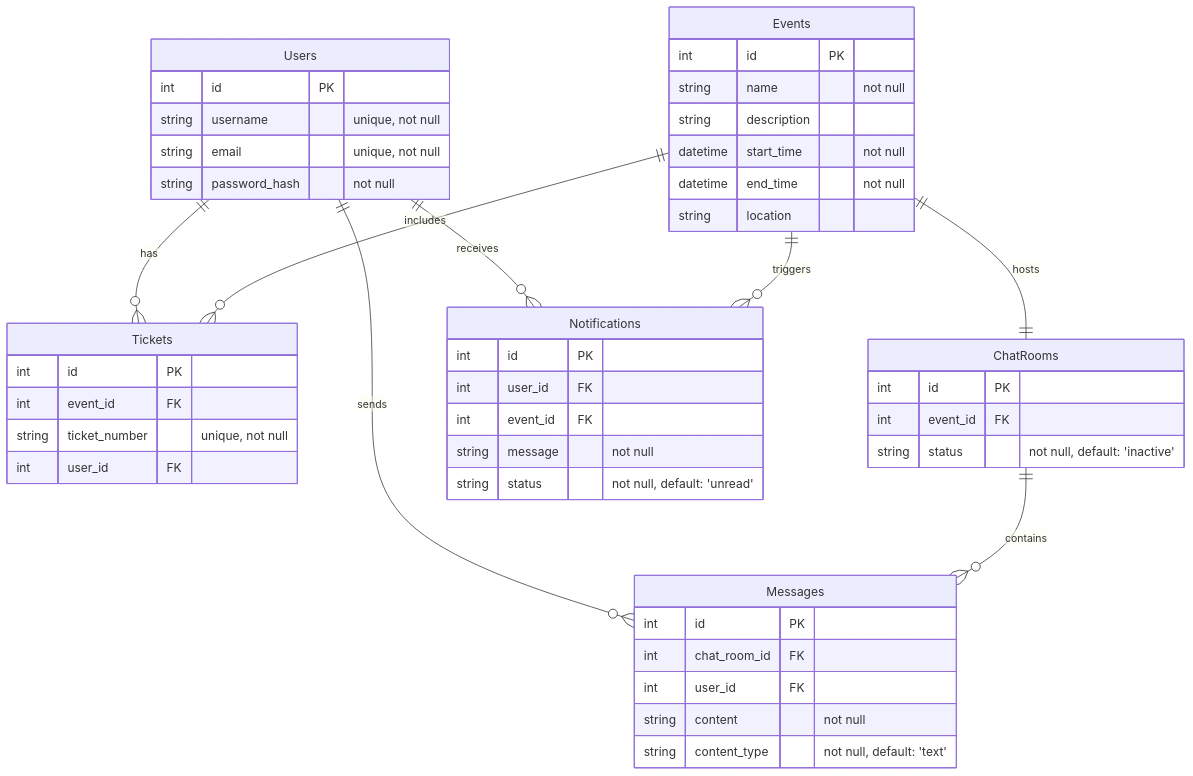
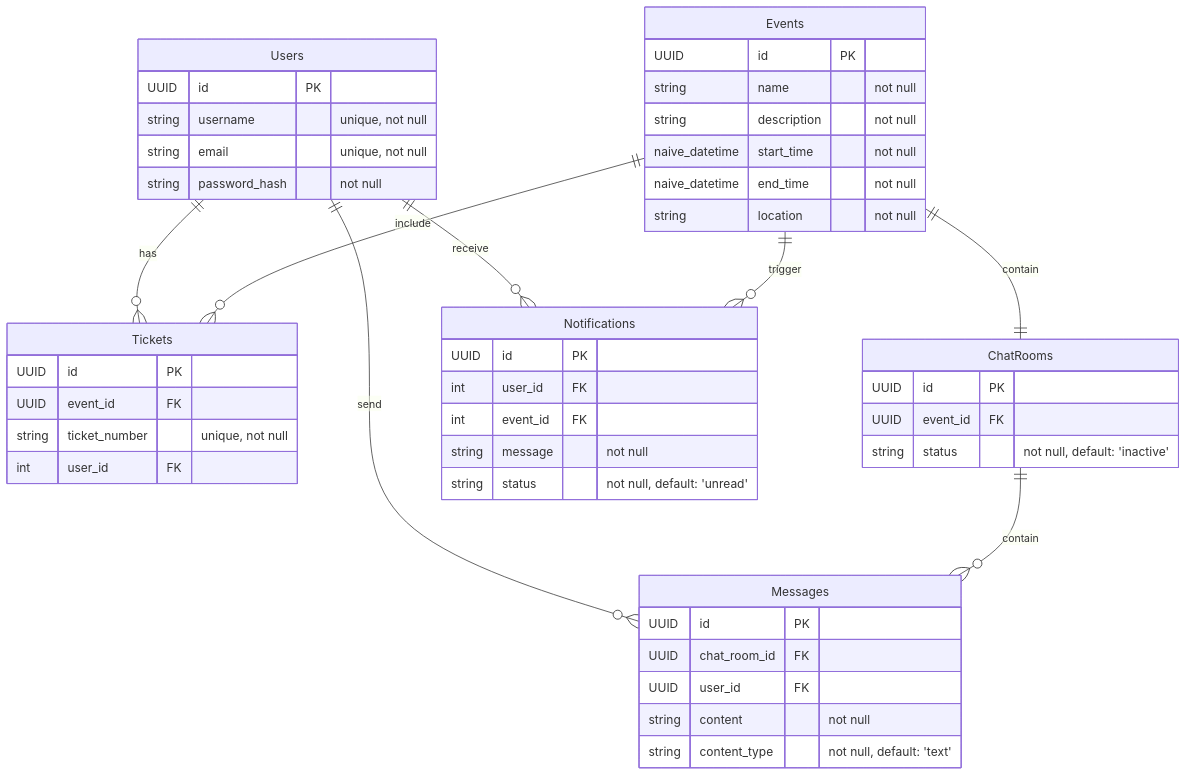
One commit to anlduzgun/chat-app changed the second of 2 diagrams in README.md. Above: the diagram before and after it, drawn with Mermaid.

````diff
--- a/README.md
+++ b/README.md
@@ -86,55 +86,55 @@
 ```mermaid
 erDiagram
     Users {
-        int id PK
+        UUID id PK
         string username "unique, not null"
         string email "unique, not null"
         string password_hash "not null"
     }
 
     Events {
-        int id PK
+        UUID id PK
         string name "not null"
-        string description
-        datetime start_time "not null"
-        datetime end_time "not null"
-        string location
+        string description "not null"
+        naive_datetime start_time "not null"
+        naive_datetime end_time "not null"
+        string location "not null"
     }
 
     Tickets {
-        int id PK
-        int event_id FK
+        UUID id PK
+        UUID event_id FK
         string ticket_number "unique, not null"
         int user_id FK
     }
 
     ChatRooms {
-        int id PK
-        int event_id FK
+        UUID id PK
+        UUID event_id FK
         string status "not null, default: 'inactive'"
     }
 
     Messages {
-        int id PK
-        int chat_room_id FK
-        int user_id FK
+        UUID id PK
+        UUID chat_room_id FK
+        UUID user_id FK
         string content "not null"
         string content_type "not null, default: 'text'"
     }
 
     Notifications {
-        int id PK
+        UUID id PK
         int user_id FK
         int event_id FK
         string message "not null"
         string status "not null, default: 'unread'"
     }
 
     Users ||--o{ Tickets : "has"
-    Users ||--o{ Messages : "sends"
-    Users ||--o{ Notifications : "receives"
-    Events ||--o{ Tickets : "includes"
-    Events ||--o{ Notifications : "triggers"
-    Events ||--|| ChatRooms : "hosts"
-    ChatRooms ||--o{ Messages : "contains"
+    Users ||--o{ Messages : "send"
+    Users ||--o{ Notifications : "receive"
+    Events ||--o{ Tickets : "include"
+    Events ||--o{ Notifications : "trigger"
+    Events ||--|| ChatRooms : "contain"
+    ChatRooms ||--o{ Messages : "contain"
 ```
````
